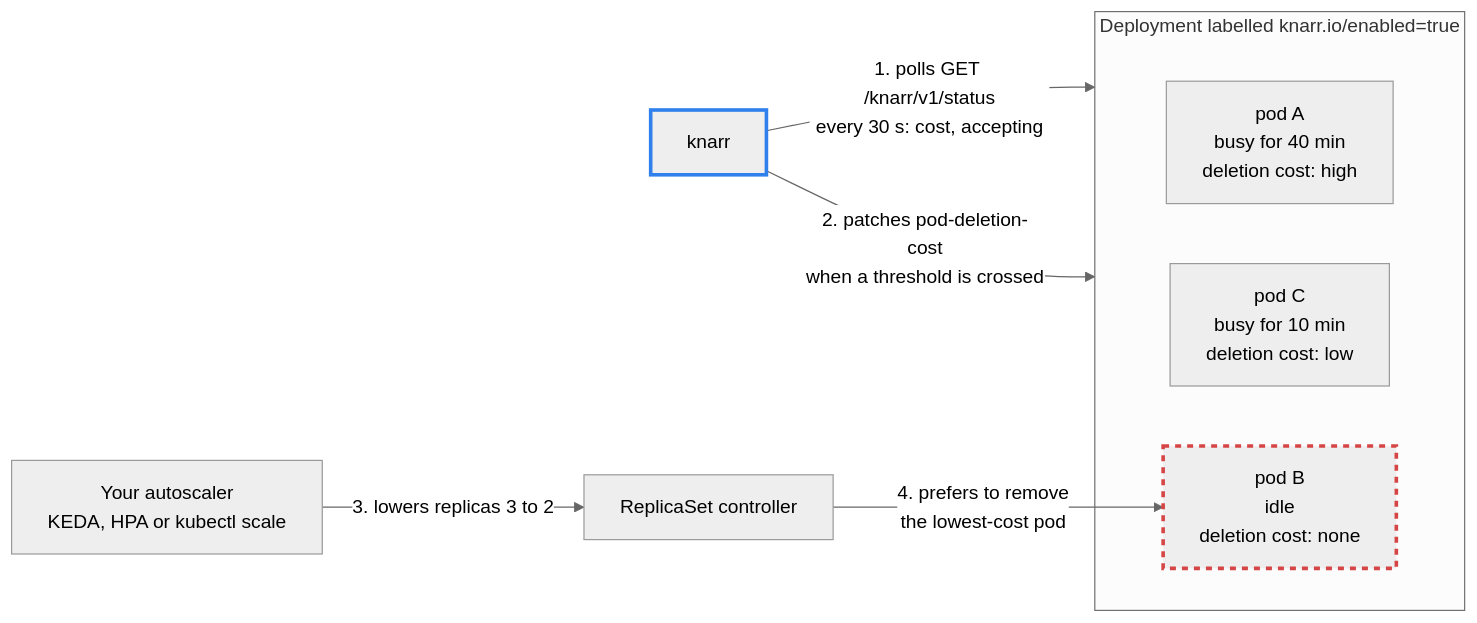
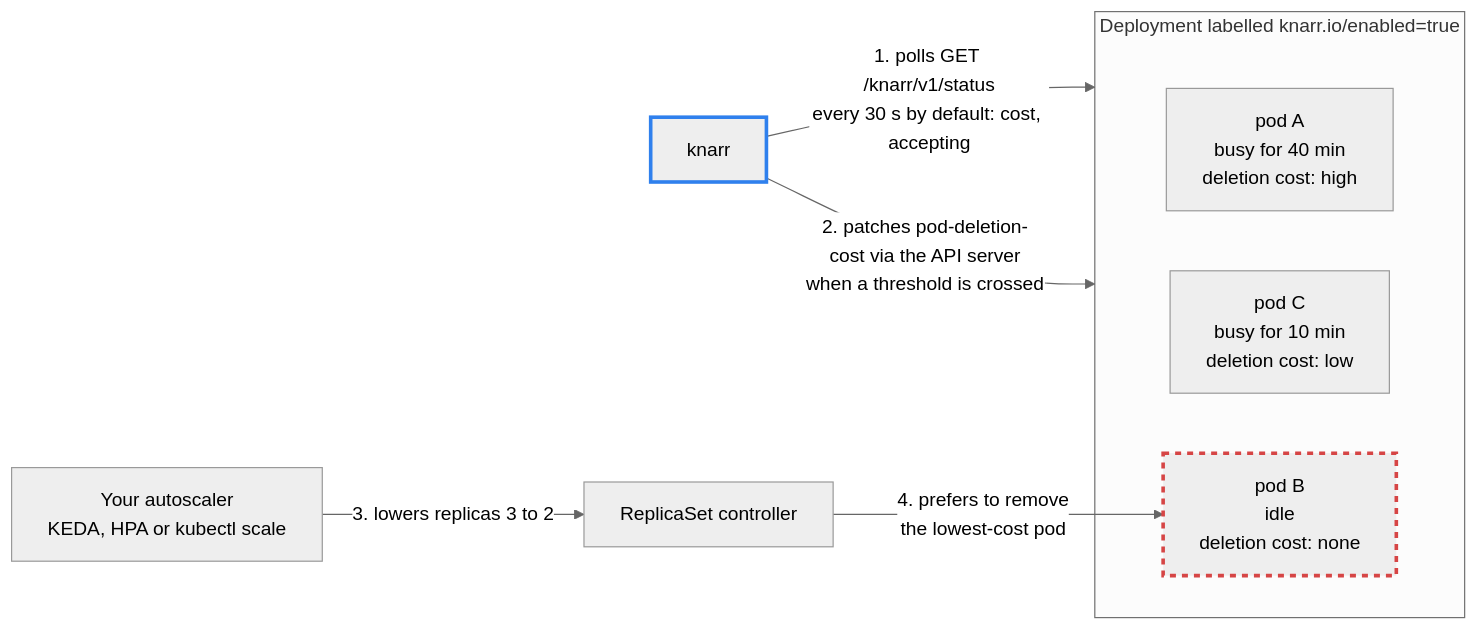
The diagram in README.md (BiscuitBin/knarr), drawn with Mermaid (neutral theme) before and after one commit. The commit also changed other lines of this file, not shown here.

Commit message:
Make graceful drain a worker duty in the README caveat (review of #75)
Codex's adversarial review found that "so workers still drain gracefully
when chosen" reads as a guarantee knarr gives. It is not: worker.md makes
SIGTERM handling and the termination grace budget the worker's job, and
knarr stops patching a terminating pod. The caveat now says a busy pod
can still be chosen and the worker must drain on its own. The diagram
marks 30 s as the default and says patches go through the API server.

````diff
--- a/README.md
+++ b/README.md
@@ -11,17 +11,17 @@
 ```mermaid
 flowchart LR
     K["knarr"]:::knarr
     subgraph DEP ["Deployment labelled knarr.io/enabled=true"]
         A["pod A<br/>busy for 40 min<br/>deletion cost: high"]
         C["pod C<br/>busy for 10 min<br/>deletion cost: low"]
         B["pod B<br/>idle<br/>deletion cost: none"]:::victim
     end
     AS["Your autoscaler<br/>KEDA, HPA or kubectl scale"]
     RS["ReplicaSet controller"]
-    K -- "1. polls GET /knarr/v1/status<br/>every 30 s: cost, accepting" --> DEP
-    K -- "2. patches pod-deletion-cost<br/>when a threshold is crossed" --> DEP
+    K -- "1. polls GET /knarr/v1/status<br/>every 30 s by default: cost, accepting" --> DEP
+    K -- "2. patches pod-deletion-cost via the API server<br/>when a threshold is crossed" --> DEP
     AS -- "3. lowers replicas 3 to 2" --> RS
     RS -- "4. prefers to remove<br/>the lowest-cost pod" --> B
     classDef knarr stroke:#2f80ed,stroke-width:3px
     classDef victim stroke:#d64545,stroke-width:3px,stroke-dasharray:5 5
 ```
````
